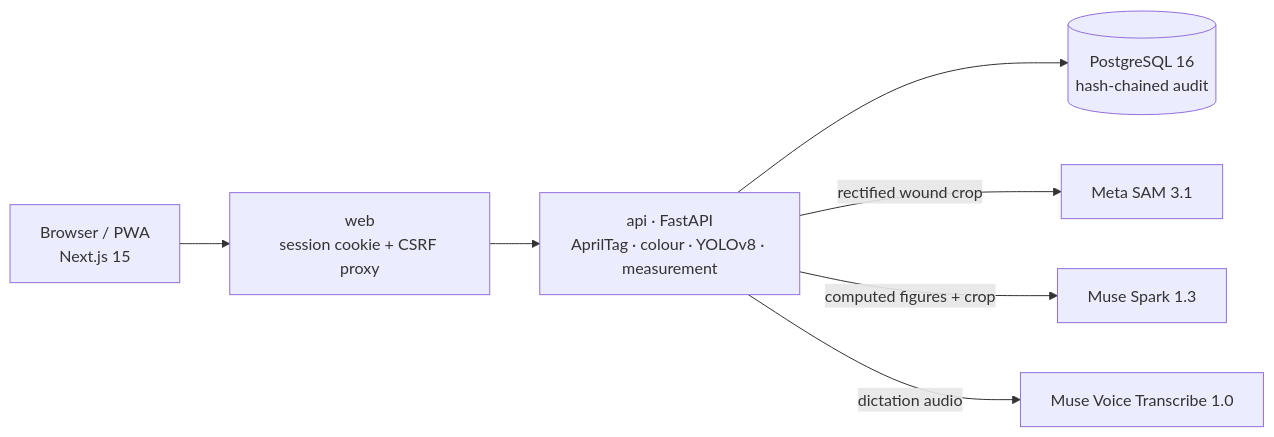
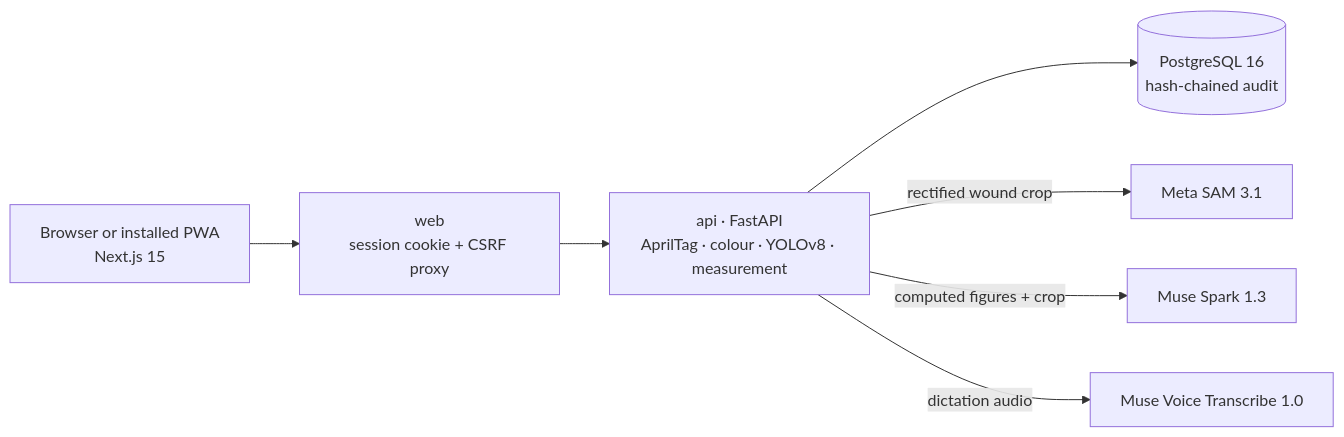
One commit to wtepsan/WoundMeter changed the diagram in README.md. Above: the diagram before and after it, drawn with Mermaid. The commit also changed other lines of this file and 14 other files, not shown here.

````diff
--- a/README.md
+++ b/README.md
@@ -113,9 +115,9 @@
 ```mermaid
 flowchart LR
-    B["Browser / PWA<br/>Next.js 15"] --> W["web<br/>session cookie + CSRF proxy"]
+    B["Browser or installed PWA<br/>Next.js 15"] --> W["web<br/>session cookie + CSRF proxy"]
     W --> A["api · FastAPI<br/>AprilTag · colour · YOLOv8 · measurement"]
     A --> D[("PostgreSQL 16<br/>hash-chained audit")]
     A -->|"rectified wound crop"| S["Meta SAM 3.1"]
     A -->|"computed figures + crop"| M["Muse Spark 1.3"]
     A -->|"dictation audio"| V["Muse Voice Transcribe 1.0"]
 ```
````
